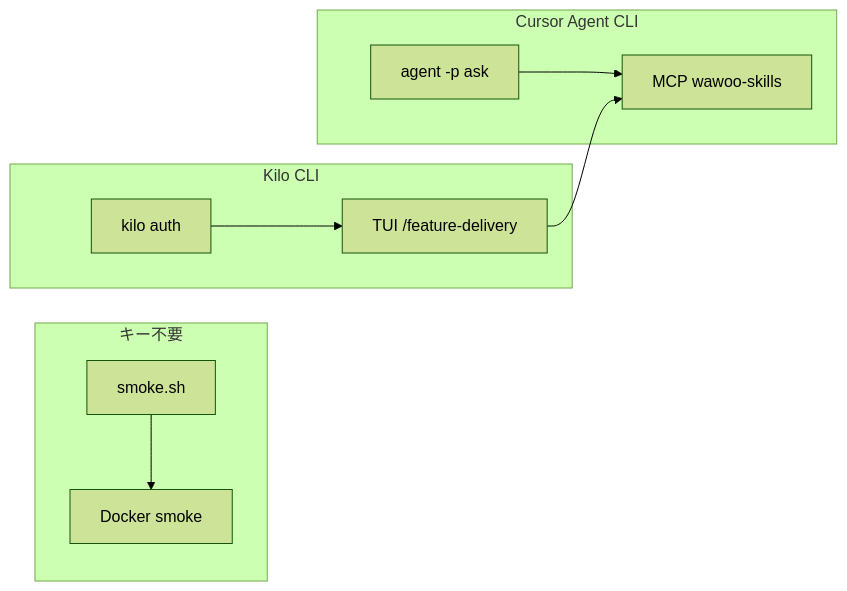
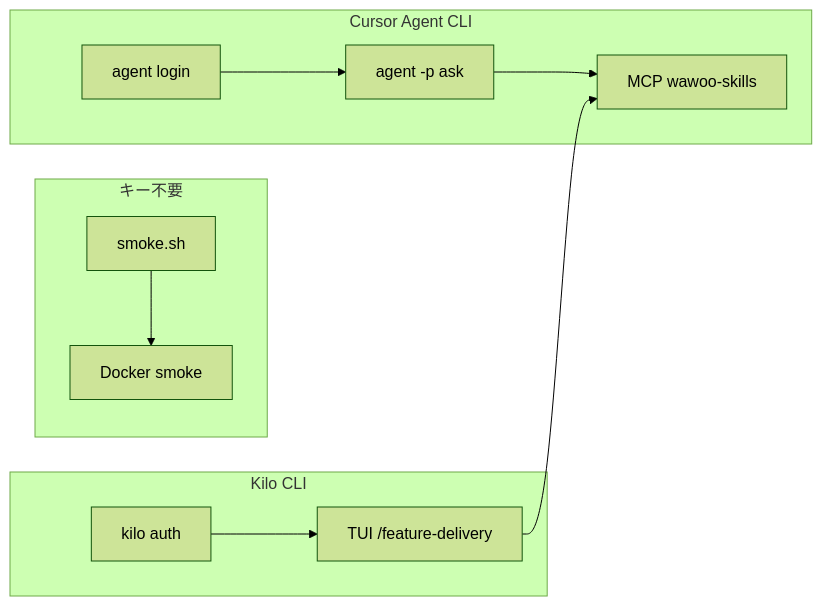
The diagram in docs/audit/CLI-E2E-ENV.md (parkwoo/wawoo-skills), drawn with Mermaid (forest theme) before and after one commit. The commit also changed other lines of this file and 4 other files, not shown here.

First line of the commit message:
docs: Cursor CLI は agent login を標準認証に変更

````diff
--- a/docs/audit/CLI-E2E-ENV.md
+++ b/docs/audit/CLI-E2E-ENV.md
@@ -95,19 +107,21 @@
 ```mermaid
 flowchart LR
   subgraph nokey [キー不要]
     S[smoke.sh]
     D[Docker smoke]
   end
   subgraph kilo [Kilo CLI]
     K[kilo auth]
     T[TUI /feature-delivery]
   end
   subgraph cursor [Cursor Agent CLI]
+    L[agent login]
     A[agent -p ask]
     M[MCP wawoo-skills]
   end
+  L --> A
   S --> D
   K --> T
   A --> M
   T --> M
 ```
````
